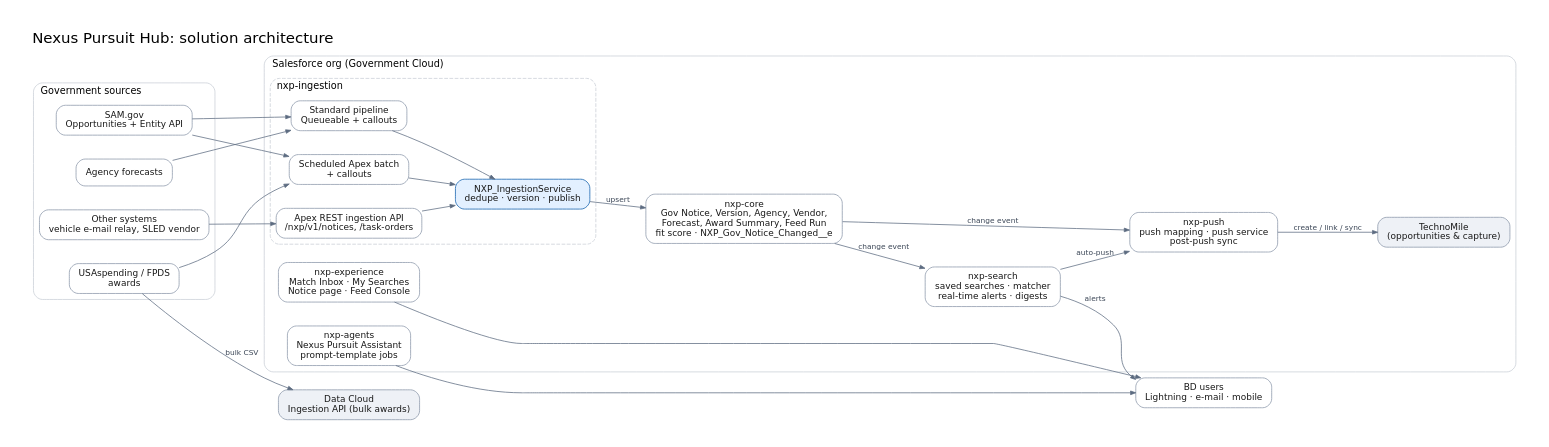
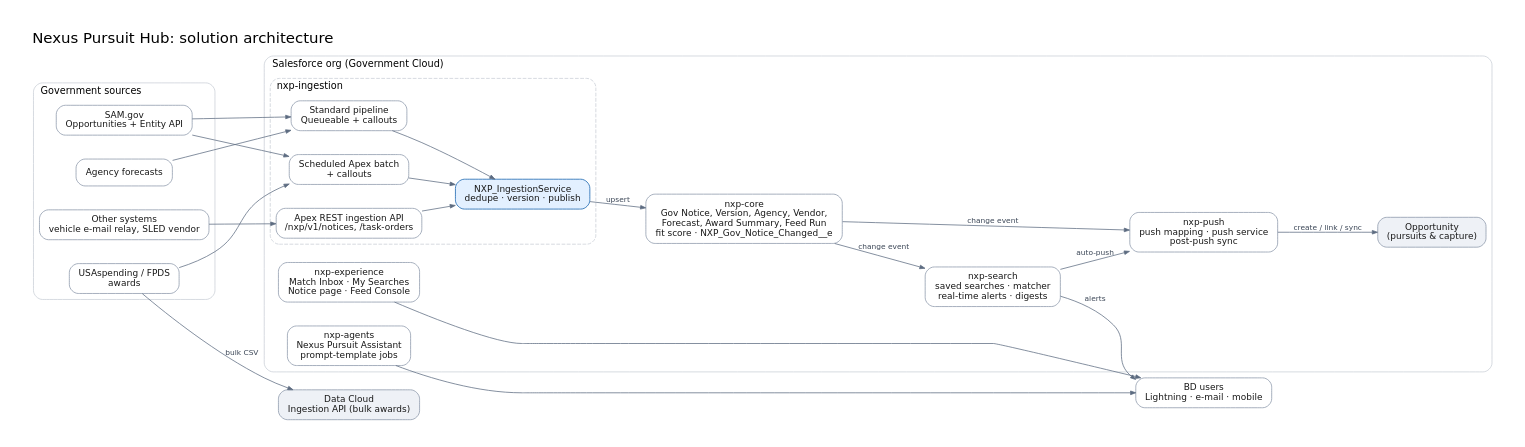
The diagram in docs/diagrams/src/01-solution-architecture.dot (Hectorcaban-sudo/Nexus-Pursuit-Hub), drawn with Graphviz before and after one commit. The commit also changed 71 other files, not shown here.

First line of the commit message:
Rename TechnoMile to Opportunity throughout

```diff
--- a/docs/diagrams/src/01-solution-architecture.dot
+++ b/docs/diagrams/src/01-solution-architecture.dot
@@ -1,38 +1,38 @@
 digraph G {
   graph [fontname="DejaVu Sans", fontsize=20, labelloc=t, labeljust=l, pad=0.4, nodesep=0.45, ranksep=0.6, bgcolor="white", color="#C9CED6"];
   node  [fontname="DejaVu Sans", fontsize=12, shape=box, style="rounded,filled", fillcolor="#FFFFFF", color="#8A96A8", fontcolor="#181818", margin="0.18,0.10"];
   edge  [fontname="DejaVu Sans", fontsize=10, color="#5C6B80", fontcolor="#3B4656", arrowsize=0.7];
   label="Nexus Pursuit Hub: solution architecture\n";
   rankdir=LR;
   subgraph cluster_src { label="Government sources"; style="rounded"; fontsize=13;
     sam  [label="SAM.gov\nOpportunities + Entity API"];
     usa  [label="USAspending / FPDS\nawards"];
     fc   [label="Agency forecasts"];
     oth  [label="Other systems\nvehicle e-mail relay, SLED vendor"];
   }
   subgraph cluster_sf { label="Salesforce org (Government Cloud)"; style="rounded"; fontsize=13;
     subgraph cluster_ing { label="nxp-ingestion"; style="rounded,dashed";
       pipe [label="Standard pipeline\nQueueable + callouts"];
       batch [label="Scheduled Apex batch\n+ callouts"];
       rest [label="Apex REST ingestion API\n/nxp/v1/notices, /task-orders"];
       svc  [label="NXP_IngestionService\ndedupe · version · publish", fillcolor="#E3F0FF", color="#0B5CAB"];
     }
     core [label="nxp-core\nGov Notice, Version, Agency, Vendor,\nForecast, Award Summary, Feed Run\nfit score · NXP_Gov_Notice_Changed__e"];
     srch [label="nxp-search\nsaved searches · matcher\nreal-time alerts · digests"];
     push [label="nxp-push\npush mapping · push service\npost-push sync"];
     ux   [label="nxp-experience\nMatch Inbox · My Searches\nNotice page · Feed Console"];
     ag   [label="nxp-agents\nNexus Pursuit Assistant\nprompt-template jobs"];
-    tm   [label="TechnoMile\n(opportunities & capture)", fillcolor="#EEF1F6"];
+    tm   [label="Opportunity\n(pursuits & capture)", fillcolor="#EEF1F6"];
   }
   dc [label="Data Cloud\nIngestion API (bulk awards)", fillcolor="#EEF1F6"];
   users [label="BD users\nLightning · e-mail · mobile", shape=box];
   sam -> pipe; sam -> batch; fc -> pipe; usa -> batch; usa -> dc [label="bulk CSV"]; oth -> rest;
   pipe -> svc; batch -> svc; rest -> svc;
   svc -> core [label="upsert"];
   core -> srch [label="change event"];
   core -> push [label="change event"];
   srch -> push [label="auto-push"];
   push -> tm [label="create / link / sync"];
   srch -> users [label="alerts"];
   ux -> users; ag -> users;
 }
```
